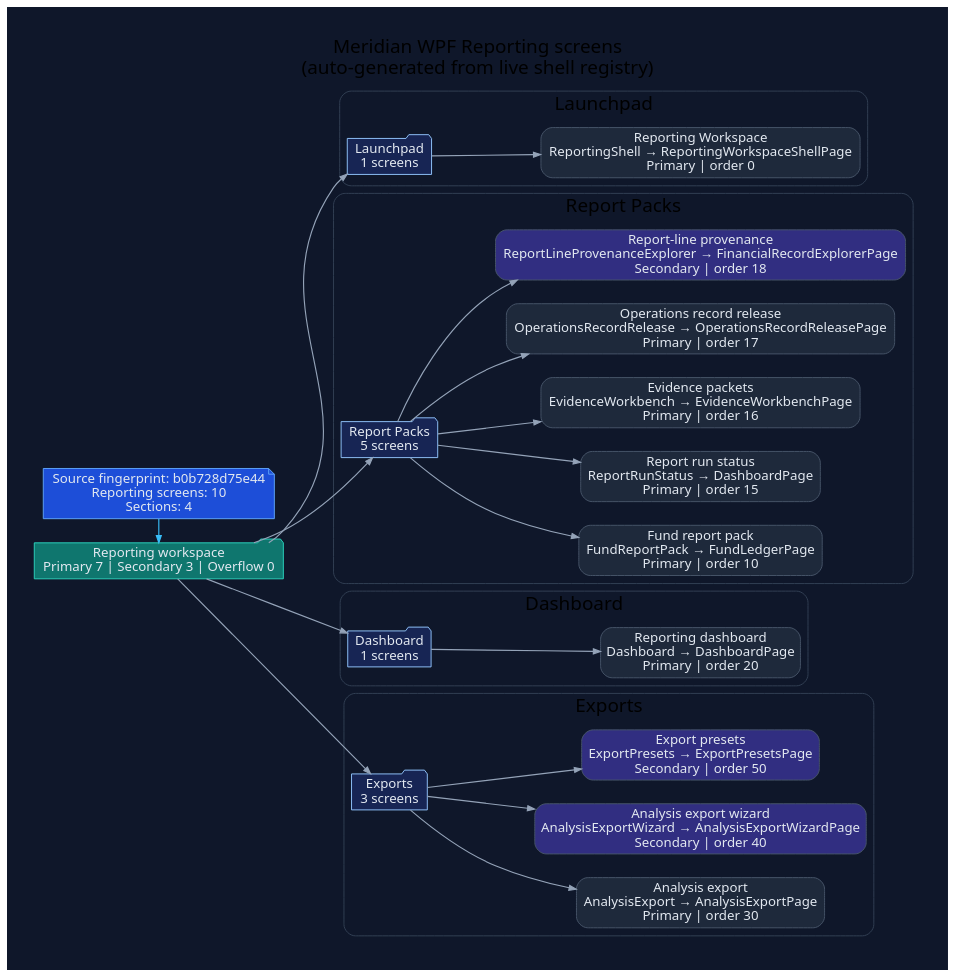
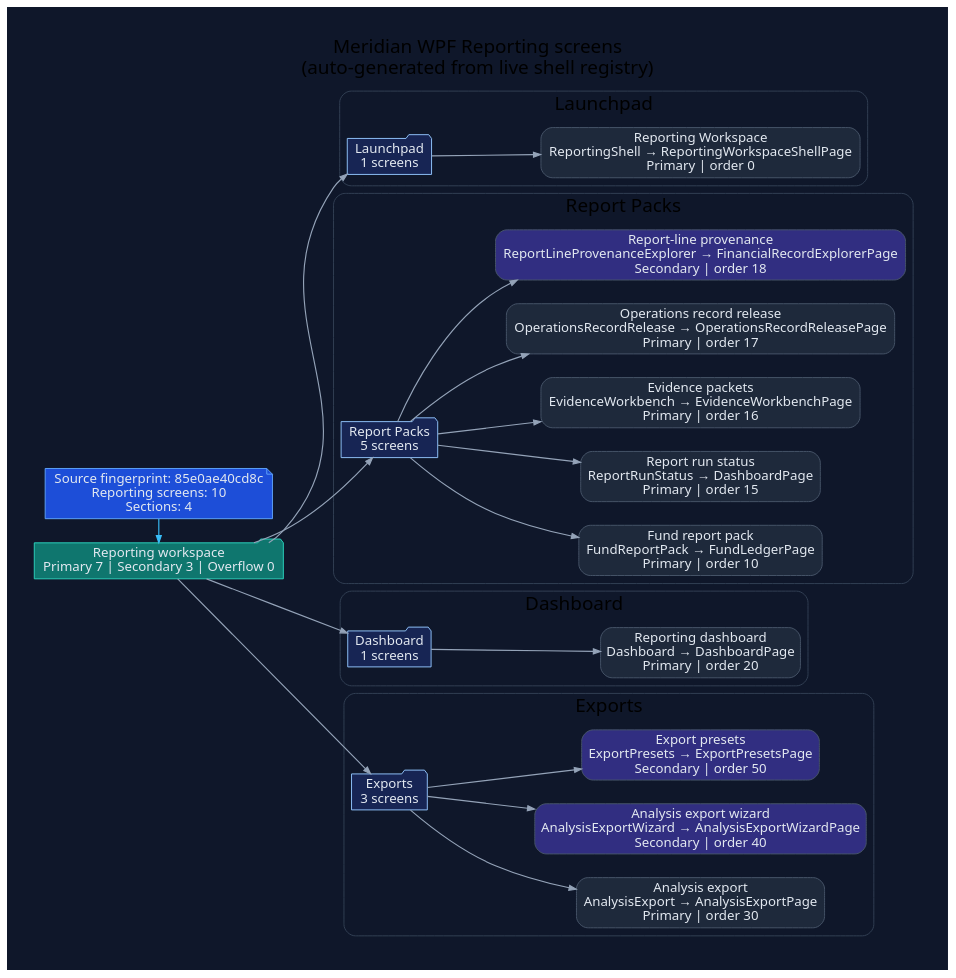
One commit to rodoHasArrived/Meridian-main changed the diagram in docs/diagrams/ui/ui-wpf-screens-reporting.dot. Above: the diagram before and after it, drawn with Graphviz. The commit also changed 69 other files, not shown here.

```diff
--- a/docs/diagrams/ui/ui-wpf-screens-reporting.dot
+++ b/docs/diagrams/ui/ui-wpf-screens-reporting.dot
@@ -1,78 +1,78 @@
 // -----------------------------------------------------------------------------
 // <auto-generated>
 // Generated by scripts/generate-diagrams.mjs.
 // Do not edit this file directly; update the WPF source files instead.
 // -----------------------------------------------------------------------------
 digraph WpfReportingScreens {
   graph [
     rankdir=LR,
     labelloc=t,
     label="Meridian WPF Reporting screens\n(auto-generated from live shell registry)",
     fontname="Segoe UI",
     fontsize=20,
     pad=0.4,
     nodesep=0.35,
     ranksep=0.85,
     bgcolor="#0f172a"
   ];
   node [fontname="Segoe UI", shape=box, style="rounded,filled", color="#475569", fontcolor="#e2e8f0", fillcolor="#1e293b"];
   edge [fontname="Segoe UI", color="#94a3b8", penwidth=1.2, arrowsize=0.75];
 
-  generated [shape=note, fillcolor="#1d4ed8", color="#60a5fa", label="Source fingerprint: b0b728d75e44\nReporting screens: 10\nSections: 4"];
+  generated [shape=note, fillcolor="#1d4ed8", color="#60a5fa", label="Source fingerprint: 85e0ae40cd8c\nReporting screens: 10\nSections: 4"];
   workspace [shape=folder, fillcolor="#0f766e", color="#2dd4bf", label="Reporting workspace\nPrimary 7 | Secondary 3 | Overflow 0"];
   generated -> workspace [color="#38bdf8"];
 
   subgraph cluster_section_1 {
     label="Launchpad";
     color="#334155";
     style="rounded";
     section_1 [shape=folder, fillcolor="#172554", color="#93c5fd", label="Launchpad\n1 screens"];
     workspace -> section_1;
     screen_ReportingShell [fillcolor="#1e293b", label="Reporting Workspace\nReportingShell → ReportingWorkspaceShellPage\nPrimary | order 0"];
     section_1 -> screen_ReportingShell;
   }
 
   subgraph cluster_section_2 {
     label="Report Packs";
     color="#334155";
     style="rounded";
     section_2 [shape=folder, fillcolor="#172554", color="#93c5fd", label="Report Packs\n5 screens"];
     workspace -> section_2;
     screen_FundReportPack [fillcolor="#1e293b", label="Fund report pack\nFundReportPack → FundLedgerPage\nPrimary | order 10"];
     section_2 -> screen_FundReportPack;
     screen_ReportRunStatus [fillcolor="#1e293b", label="Report run status\nReportRunStatus → DashboardPage\nPrimary | order 15"];
     section_2 -> screen_ReportRunStatus;
     screen_EvidenceWorkbench [fillcolor="#1e293b", label="Evidence packets\nEvidenceWorkbench → EvidenceWorkbenchPage\nPrimary | order 16"];
     section_2 -> screen_EvidenceWorkbench;
     screen_OperationsRecordRelease [fillcolor="#1e293b", label="Operations record release\nOperationsRecordRelease → OperationsRecordReleasePage\nPrimary | order 17"];
     section_2 -> screen_OperationsRecordRelease;
     screen_ReportLineProvenanceExplorer [fillcolor="#312e81", label="Report-line provenance\nReportLineProvenanceExplorer → FinancialRecordExplorerPage\nSecondary | order 18"];
     section_2 -> screen_ReportLineProvenanceExplorer;
   }
 
   subgraph cluster_section_3 {
     label="Dashboard";
     color="#334155";
     style="rounded";
     section_3 [shape=folder, fillcolor="#172554", color="#93c5fd", label="Dashboard\n1 screens"];
     workspace -> section_3;
     screen_Dashboard [fillcolor="#1e293b", label="Reporting dashboard\nDashboard → DashboardPage\nPrimary | order 20"];
     section_3 -> screen_Dashboard;
   }
 
   subgraph cluster_section_4 {
     label="Exports";
     color="#334155";
     style="rounded";
     section_4 [shape=folder, fillcolor="#172554", color="#93c5fd", label="Exports\n3 screens"];
     workspace -> section_4;
     screen_AnalysisExport [fillcolor="#1e293b", label="Analysis export\nAnalysisExport → AnalysisExportPage\nPrimary | order 30"];
     section_4 -> screen_AnalysisExport;
     screen_AnalysisExportWizard [fillcolor="#312e81", label="Analysis export wizard\nAnalysisExportWizard → AnalysisExportWizardPage\nSecondary | order 40"];
     section_4 -> screen_AnalysisExportWizard;
     screen_ExportPresets [fillcolor="#312e81", label="Export presets\nExportPresets → ExportPresetsPage\nSecondary | order 50"];
     section_4 -> screen_ExportPresets;
   }
 
   { rank=min; generated; workspace; }
 }
```
